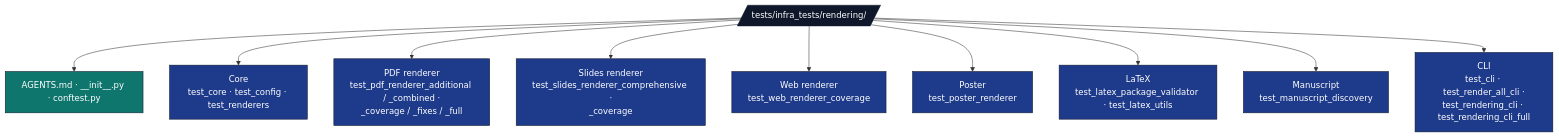
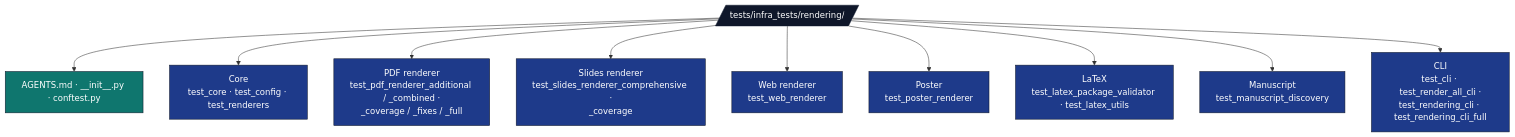
The diagram in tests/infra_tests/rendering/AGENTS.md (docxology/template), drawn with Mermaid before and after one commit. The commit also changed other lines of this file and 15 other files, not shown here.

````diff
--- a/tests/infra_tests/rendering/AGENTS.md
+++ b/tests/infra_tests/rendering/AGENTS.md
@@ -9,20 +9,20 @@
 ```mermaid
 flowchart TB
     T[/tests/infra_tests/rendering//]
     T --> META[AGENTS.md · __init__.py · conftest.py]
     T --> CORE[Core<br/>test_core · test_config · test_renderers]
     T --> PDF[PDF renderer<br/>test_pdf_renderer_additional / _combined ·<br/>_coverage / _fixes / _full]
     T --> SLIDES[Slides renderer<br/>test_slides_renderer_comprehensive ·<br/>_coverage]
-    T --> WEB[Web renderer<br/>test_web_renderer_coverage]
+    T --> WEB[Web renderer<br/>test_web_renderer]
     T --> POSTER[Poster<br/>test_poster_renderer]
     T --> LATEX[LaTeX<br/>test_latex_package_validator · test_latex_utils]
     T --> MAN[Manuscript<br/>test_manuscript_discovery]
     T --> CLI[CLI<br/>test_cli · test_render_all_cli ·<br/>test_rendering_cli · test_rendering_cli_full]
 
     classDef d fill:#0f172a,stroke:#0f172a,color:#fff
     classDef cat fill:#1e3a8a,stroke:#0f172a,color:#fff
     classDef doc fill:#0f766e,stroke:#0f172a,color:#fff
     class T d
     class CORE,PDF,SLIDES,WEB,POSTER,LATEX,MAN,CLI cat
     class META doc
 ```
````
